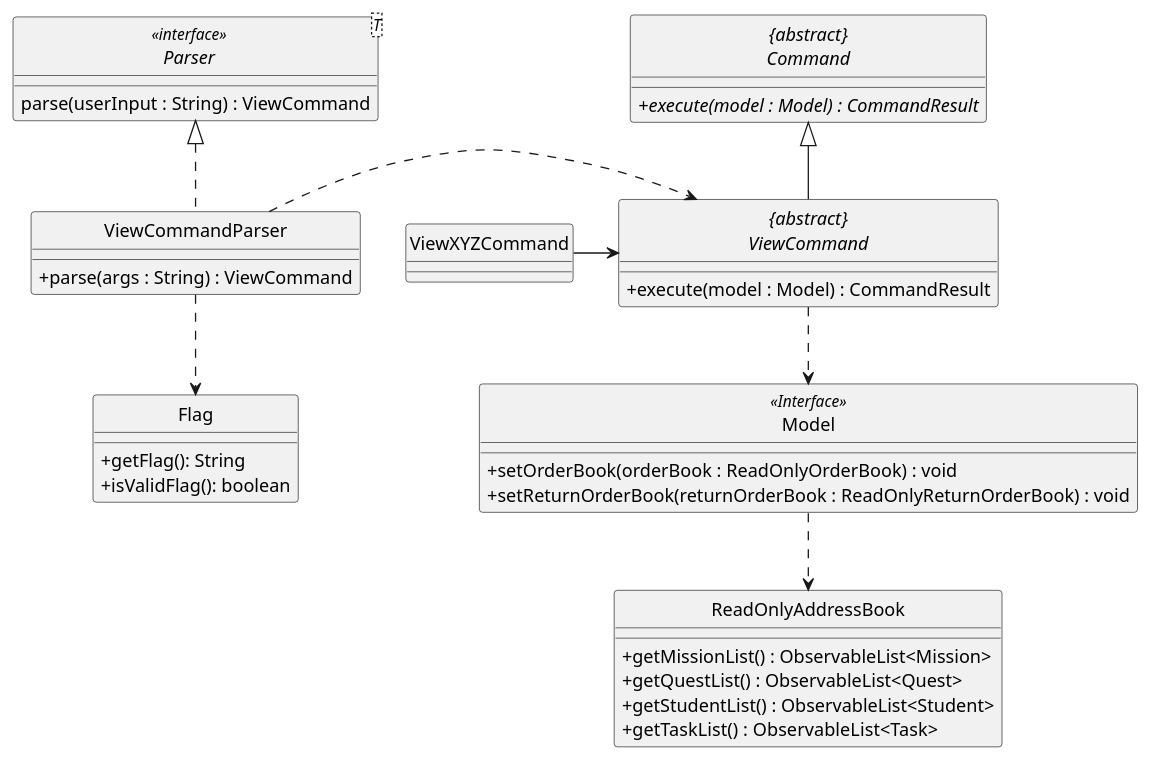
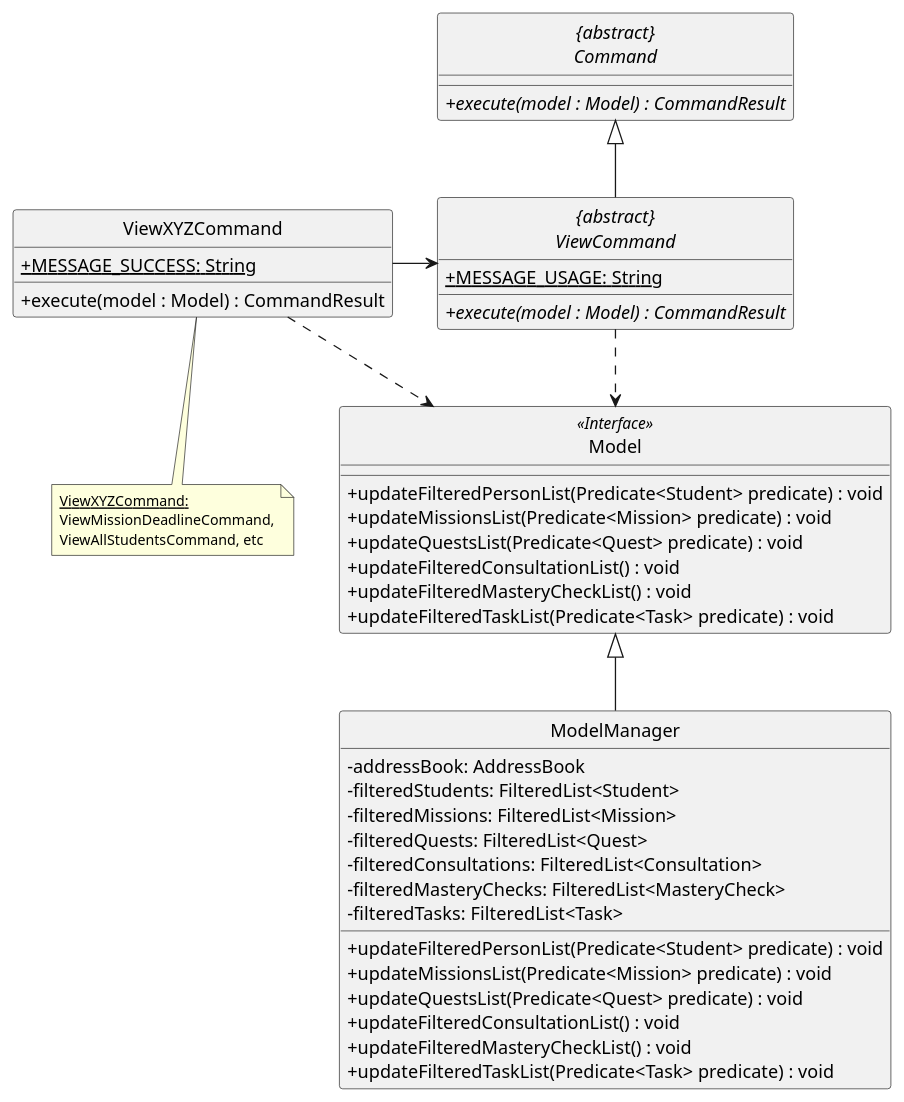
One commit to wireseo/tp changed the diagram in docs/diagrams/ViewCommandClassDiagram.puml. Above: the diagram before and after it, drawn with PlantUML. The commit also changed 6 other files, not shown here.

Commit message:
Update View Command of DG

```diff
--- a/docs/diagrams/ViewCommandClassDiagram.puml
+++ b/docs/diagrams/ViewCommandClassDiagram.puml
@@ -1,50 +1,69 @@
 @startuml
 skinparam backgroundColor #ffffff
 skinparam classAttributeIconSize 0
 hide circle
 
 abstract class "{abstract}\nCommand" {
     + {abstract} execute(model : Model) : CommandResult
 }
 
 class Model <<Interface>> {
-    + setOrderBook(orderBook : ReadOnlyOrderBook) : void
-    + setReturnOrderBook(returnOrderBook : ReadOnlyReturnOrderBook) : void
+    /' Methods '/
+    + updateFilteredPersonList(Predicate<Student> predicate) : void
+    + updateMissionsList(Predicate<Mission> predicate) : void
+    + updateQuestsList(Predicate<Quest> predicate) : void
+    + updateFilteredConsultationList() : void
+    + updateFilteredMasteryCheckList() : void
+    + updateFilteredTaskList(Predicate<Task> predicate) : void
 }
 
-Model ..> ReadOnlyAddressBook
+class ModelManager {
+    /' Attributes '/
+    - addressBook: AddressBook
+    - filteredStudents: FilteredList<Student>
+    - filteredMissions: FilteredList<Mission>
+    - filteredQuests: FilteredList<Quest>
+    - filteredConsultations: FilteredList<Consultation>
+    - filteredMasteryChecks: FilteredList<MasteryCheck>
+    - filteredTasks: FilteredList<Task>
 
-class ReadOnlyAddressBook {
-    + getMissionList() : ObservableList<Mission>
-    + getQuestList() : ObservableList<Quest>
-    + getStudentList() : ObservableList<Student>
-    + getTaskList() : ObservableList<Task>
+    /' Methods '/
+    + updateFilteredPersonList(Predicate<Student> predicate) : void
+    + updateMissionsList(Predicate<Mission> predicate) : void
+    + updateQuestsList(Predicate<Quest> predicate) : void
+    + updateFilteredConsultationList() : void
+    + updateFilteredMasteryCheckList() : void
+    + updateFilteredTaskList(Predicate<Task> predicate) : void
 }
 
 abstract class "{abstract}\nViewCommand"{
+    /' Attributes '/
+    + {static} MESSAGE_USAGE: String
+
+    /' Methods '/
+    + {abstract} execute(model : Model) : CommandResult
+}
+
+class ViewXYZCommand {
+    /' Attributes '/
+    + {static} MESSAGE_SUCCESS: String
+
     /' Methods '/
     + execute(model : Model) : CommandResult
 }
 
-class ViewCommandParser implements Parser {
-    /' Methods '/
-    + parse(args : String) : ViewCommand
-}
 
-interface Parser<T> <<interface>> {
-    parse(userInput : String) : ViewCommand
-}
+note as N1
+  <size: 11><u>ViewXYZCommand:</size>
+  <size: 11>ViewMissionDeadlineCommand,</size>
+  <size: 11>ViewAllStudentsCommand, etc</size>
+end note
 
-class Flag {
-    + getFlag(): String
-    + isValidFlag(): boolean
-}
+N1 .up. ViewXYZCommand
 
-class ViewXYZCommand
-
-"{abstract}\nViewCommand" <..left ViewCommandParser
 "{abstract}\nViewCommand" ..> Model
 "{abstract}\nViewCommand" --up|> "{abstract}\nCommand"
-ViewCommandParser ..> Flag
 ViewXYZCommand -> "{abstract}\nViewCommand"
+"ViewXYZCommand" ..> Model
+ModelManager --up|> Model
 @enduml
```
